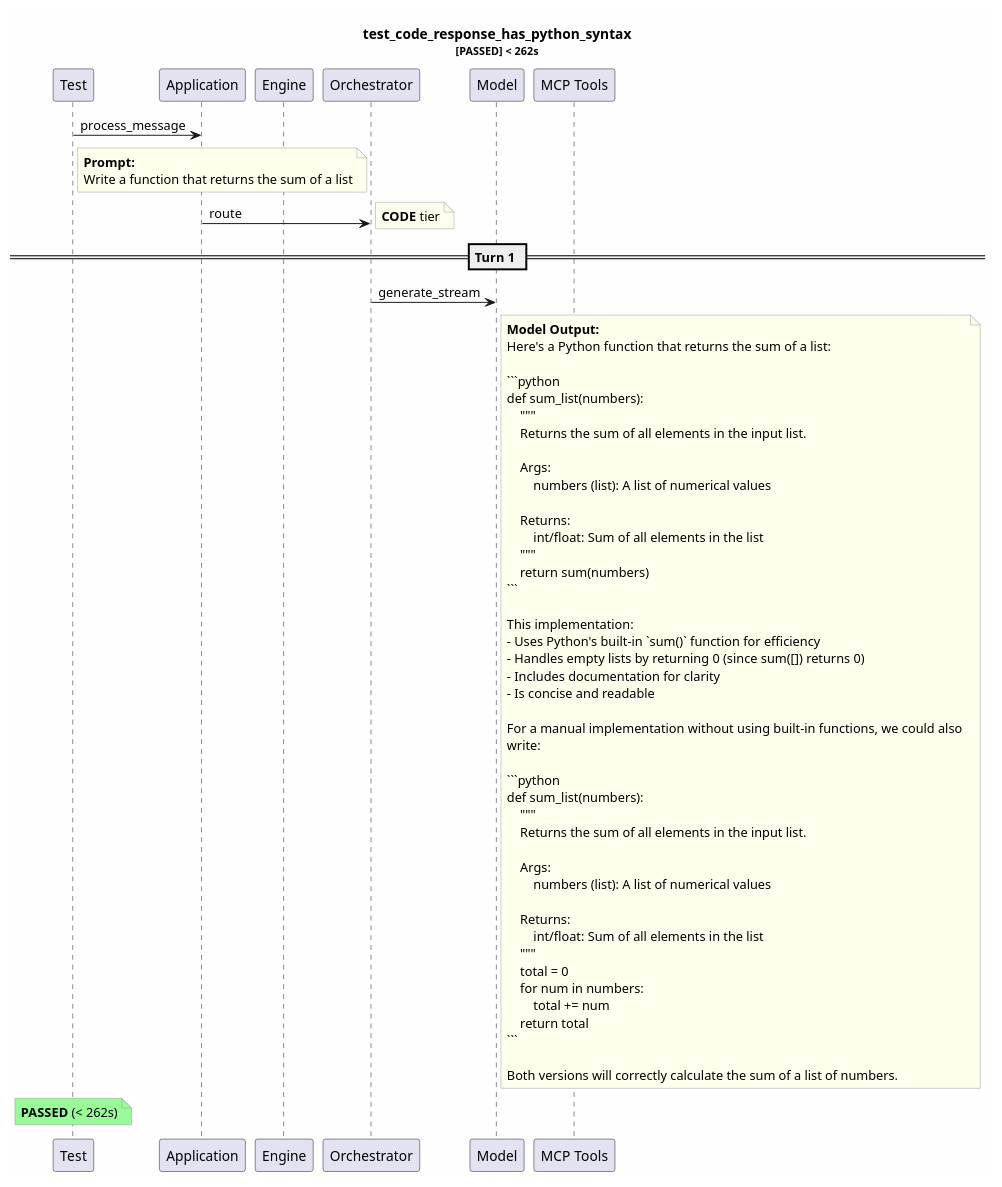
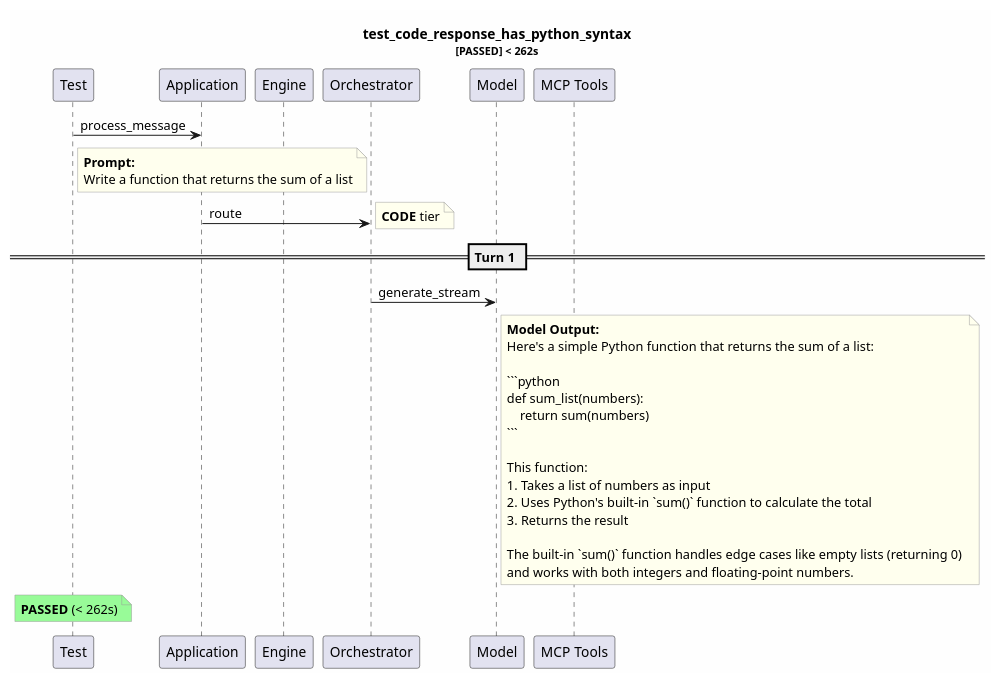
Before and after one commit to tvanfossen/entropic: the diagram in test-reports/logs/test_code_response_has_python_syntax/test_code_response_has_python_syntax.puml, drawn with PlantUML. The commit also changed 21 other files, not shown here.

````diff
--- a/test-reports/logs/test_code_response_has_python_syntax/test_code_response_has_python_syntax.puml
+++ b/test-reports/logs/test_code_response_has_python_syntax/test_code_response_has_python_syntax.puml
@@ -1,73 +1,44 @@
 @startuml
 skinparam backgroundColor #FEFEFE
 skinparam noteBorderColor #999999
 skinparam noteBackgroundColor #FFFFEE
 title test_code_response_has_python_syntax\n<size:11>[PASSED] < 262s</size>
 
 participant "Test" as T
 participant "Application" as App
 participant "Engine" as Eng
 participant "Orchestrator" as Orch
 participant "Model" as Mdl
 participant "MCP Tools" as MCP
 
 T -> App: process_message
 note right of T
   **Prompt:**
   Write a function that returns the sum of a list
 end note
 App -> Orch: route
 note right: **CODE** tier
 == Turn 1 ==
 Orch -> Mdl: generate_stream
 note right of Mdl
   **Model Output:**
-  Here's a Python function that returns the sum of a list:
+  Here's a simple Python function that returns the sum of a list:
   
   ```python
   def sum_list(numbers):
-      """
-      Returns the sum of all elements in the input list.
-      
-      Args:
-          numbers (list): A list of numerical values
-          
-      Returns:
-          int/float: Sum of all elements in the list
-      """
       return sum(numbers)
   ```
   
-  This implementation:
-  - Uses Python's built-in `sum()` function for efficiency
-  - Handles empty lists by returning 0 (since sum([]) returns 0)
-  - Includes documentation for clarity
-  - Is concise and readable
+  This function:
+  1. Takes a list of numbers as input
+  2. Uses Python's built-in `sum()` function to calculate the total
+  3. Returns the result
   
-  For a manual implementation without using built-in functions, we could also 
-  write:
-  
-  ```python
-  def sum_list(numbers):
-      """
-      Returns the sum of all elements in the input list.
-      
-      Args:
-          numbers (list): A list of numerical values
-          
-      Returns:
-          int/float: Sum of all elements in the list
-      """
-      total = 0
-      for num in numbers:
-          total += num
-      return total
-  ```
-  
-  Both versions will correctly calculate the sum of a list of numbers.
+  The built-in `sum()` function handles edge cases like empty lists (returning 0) 
+  and works with both integers and floating-point numbers.
 end note
 note over T #palegreen
   **PASSED** (< 262s)
 end note
 
 @enduml
````
